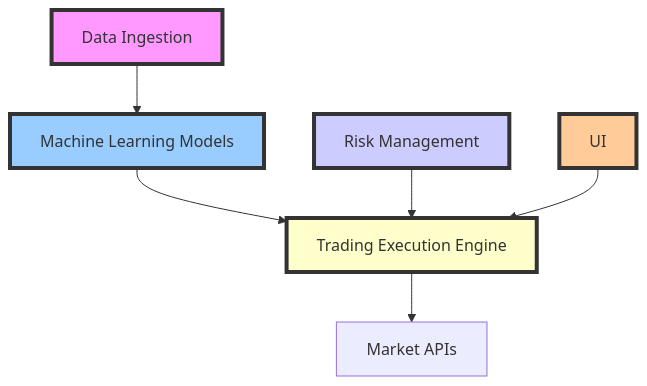
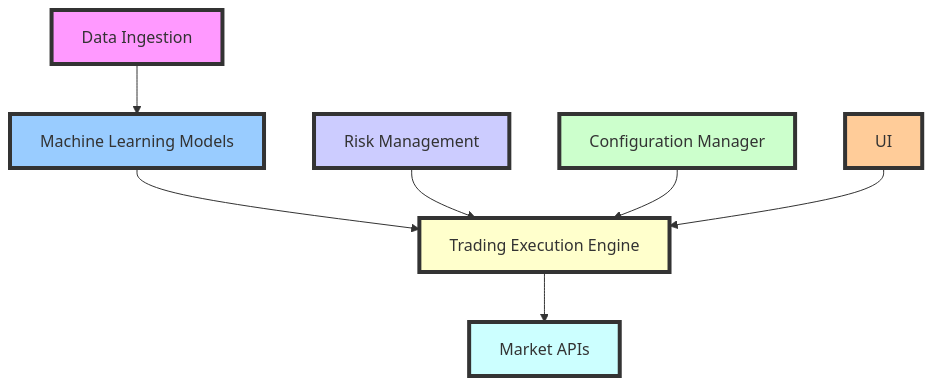
The first of 7 diagrams in project-architecture.mdx (jmanhype/stratoptimus-docs), drawn with Mermaid before and after one commit. The commit also changed other lines of this file, not shown here.

````diff
--- a/project-architecture.mdx
+++ b/project-architecture.mdx
@@ -31,14 +33,17 @@
 ```mermaid
 graph TD;
     A[Data Ingestion] --> B[Machine Learning Models]
     B --> C[Trading Execution Engine]
     D[Risk Management] --> C
-    E[UI] --> C
-    C --> F[Market APIs]
+    E[Configuration Manager] --> C
+    F[UI] --> C
+    C --> G[Market APIs]
 
     style A fill:#f9f,stroke:#333,stroke-width:4px;
     style B fill:#9cf,stroke:#333,stroke-width:4px;
     style C fill:#ffc,stroke:#333,stroke-width:4px;
     style D fill:#ccf,stroke:#333,stroke-width:4px;
-    style E fill:#fc9,stroke:#333,stroke-width:4px;
+    style E fill:#cfc,stroke:#333,stroke-width:4px;
+    style F fill:#fc9,stroke:#333,stroke-width:4px;
+    style G fill:#cff,stroke:#333,stroke-width:4px;
 ```
````
